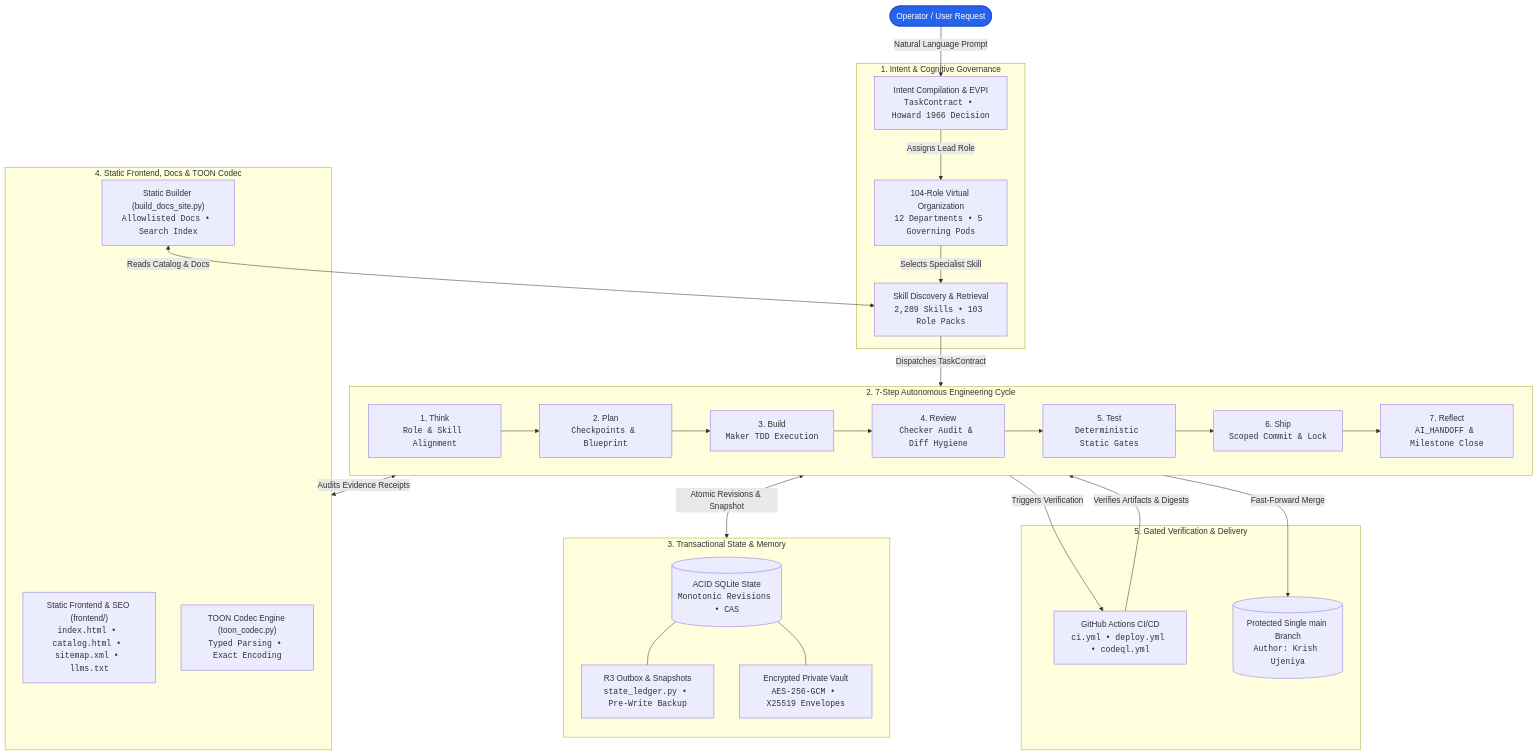
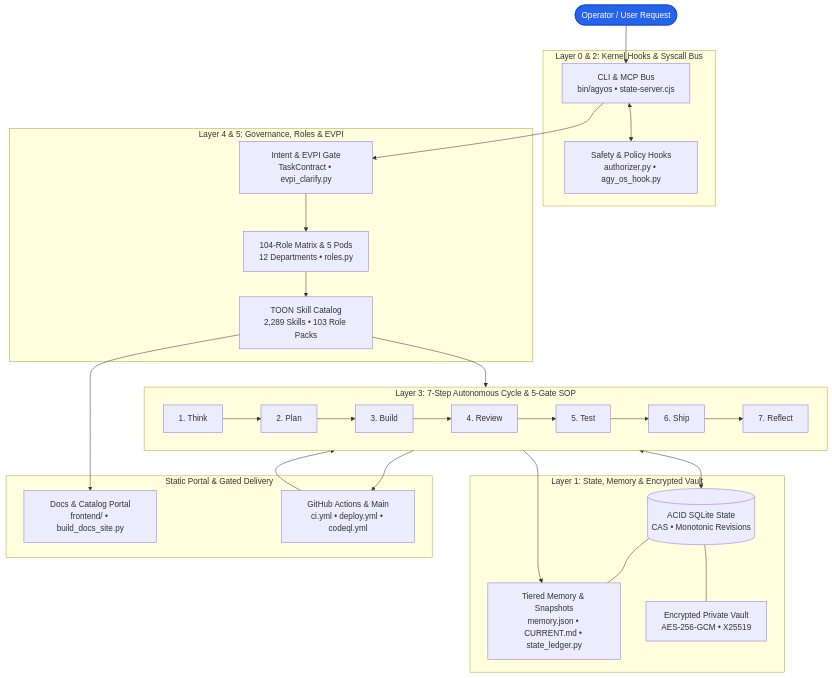
One commit to krishujeniya/AGYOS changed the diagram in README.md. Above: the diagram before and after it, drawn with Mermaid.

Commit message:
docs(readme): align architecture diagram with 6-layer system

````diff
--- a/README.md
+++ b/README.md
@@ -40,55 +42,49 @@
 ```mermaid
 flowchart TD
     User(["Operator / User Request"]):::operator
 
-    subgraph CognitiveLayer["1. Intent & Cognitive Governance"]
-        Intent["Intent Compilation & EVPI<br/><code>TaskContract • Howard 1966 Decision</code>"]
-        Pods["104-Role Virtual Organization<br/><code>12 Departments • 5 Governing Pods</code>"]
-        Catalog["Skill Discovery & Retrieval<br/><code>2,289 Skills • 103 Role Packs</code>"]
+    subgraph L0["Layer 0 & 2: Kernel Hooks & Syscall Bus"]
+        CLI["CLI & MCP Bus<br/>bin/agyos • state-server.cjs"]
+        Hooks["Safety & Policy Hooks<br/>authorizer.py • agy_os_hook.py"]
     end
 
-    subgraph AutonomousCycle["2. 7-Step Autonomous Engineering Cycle"]
-        direction LR
-        S1["1. Think<br/><code>Role & Skill Alignment</code>"] --> S2["2. Plan<br/><code>Checkpoints & Blueprint</code>"]
-        S2 --> S3["3. Build<br/><code>Maker TDD Execution</code>"]
-        S3 --> S4["4. Review<br/><code>Checker Audit & Diff Hygiene</code>"]
-        S4 --> S5["5. Test<br/><code>Deterministic Static Gates</code>"]
-        S5 --> S6["6. Ship<br/><code>Scoped Commit & Lock</code>"]
-        S6 --> S7["7. Reflect<br/><code>AI_HANDOFF & Milestone Close</code>"]
+    subgraph L4["Layer 4 & 5: Governance, Roles & EVPI"]
+        Intent["Intent & EVPI Gate<br/>TaskContract • evpi_clarify.py"]
+        Org["104-Role Matrix & 5 Pods<br/>12 Departments • roles.py"]
+        Skills["TOON Skill Catalog<br/>2,289 Skills • 103 Role Packs"]
     end
 
-    subgraph StorageEngine["3. Transactional State & Memory"]
-        direction TB
-        SQLite[("ACID SQLite State<br/><code>Monotonic Revisions • CAS</code>")]
-        Outbox["R3 Outbox & Snapshots<br/><code>state_ledger.py • Pre-Write Backup</code>"]
-        Vault["Encrypted Private Vault<br/><code>AES-256-GCM • X25519 Envelopes</code>"]
-        SQLite --- Outbox
-        SQLite --- Vault
+    subgraph L3["Layer 3: 7-Step Autonomous Cycle & 5-Gate SOP"]
+        direction LR
+        S1["1. Think"] --> S2["2. Plan"]
+        S2 --> S3["3. Build"]
+        S3 --> S4["4. Review"]
+        S4 --> S5["5. Test"]
+        S5 --> S6["6. Ship"]
+        S6 --> S7["7. Reflect"]
     end
 
-    subgraph RuntimeLayer["4. Static Frontend, Docs & TOON Codec"]
-        Frontend["Static Frontend & SEO (frontend/)<br/><code>index.html • catalog.html • sitemap.xml • llms.txt</code>"]
-        SiteGen["Static Builder (build_docs_site.py)<br/><code>Allowlisted Docs • Search Index</code>"]
-        Codec["TOON Codec Engine (toon_codec.py)<br/><code>Typed Parsing • Exact Encoding</code>"]
+    subgraph L1["Layer 1: State, Memory & Encrypted Vault"]
+        SQLite[("ACID SQLite State<br/>CAS • Monotonic Revisions")]
+        Projections["Tiered Memory & Snapshots<br/>memory.json • CURRENT.md • state_ledger.py"]
+        Vault["Encrypted Private Vault<br/>AES-256-GCM • X25519"]
     end
 
-    subgraph ReleaseGate["5. Gated Verification & Delivery"]
-        CI["GitHub Actions CI/CD<br/><code>ci.yml • deploy.yml • codeql.yml</code>"]
-        MainBranch[("Protected Single main Branch<br/><code>Author: Krish Ujeniya</code>")]
+    subgraph Delivery["Static Portal & Gated Delivery"]
+        Portal["Docs & Catalog Portal<br/>frontend/ • build_docs_site.py"]
+        CI["GitHub Actions & Main<br/>ci.yml • deploy.yml • codeql.yml"]
     end
 
-    User -->|"Natural Language Prompt"| Intent
-    Intent -->|"Assigns Lead Role"| Pods
-    Pods -->|"Selects Specialist Skill"| Catalog
-    Catalog -->|"Dispatches TaskContract"| AutonomousCycle
-
-    S3 <-->|"Atomic Revisions & Snapshot"| StorageEngine
-    S4 <-->|"Audits Evidence Receipts"| RuntimeLayer
-    SiteGen <-->|"Reads Catalog & Docs"| Catalog
-
-    S5 -->|"Triggers Verification"| CI
-    CI -->|"Verifies Artifacts & Digests"| S6
-    S6 -->|"Fast-Forward Merge"| MainBranch
+    User --> CLI
+    CLI <--> Hooks
+    CLI --> Intent
+    Intent --> Org --> Skills --> L3
+    L3 <--> SQLite
+    SQLite --- Projections
+    SQLite --- Vault
+    Skills --> Portal
+    S5 --> CI --> S6
+    S7 --> Projections
 
     classDef operator fill:#2563eb,stroke:#1d4ed8,color:#ffffff,stroke-width:2px;
 ```
````
